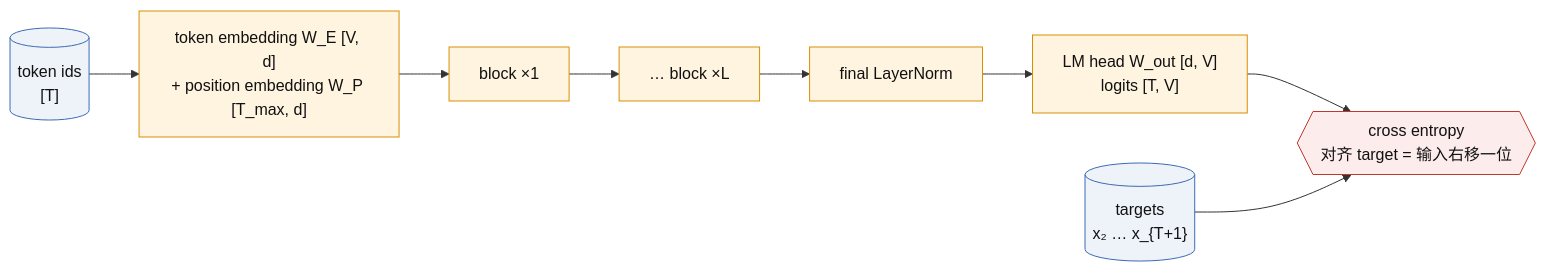
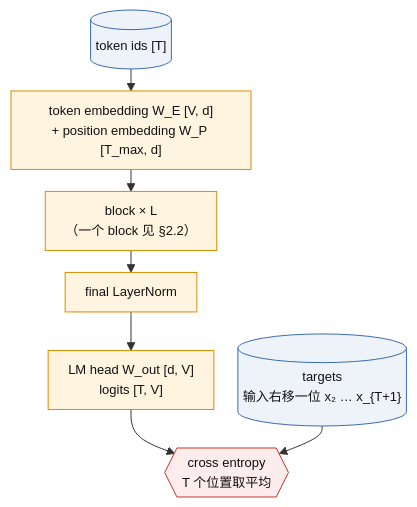
The first of 4 diagrams in knowledge/A-pretraining-scaling/transformer-decoder-next-token.md (xiachenfeng/openai-innovation-learning), drawn with Mermaid before and after one commit. The commit also changed other lines of this file and 28 other files, not shown here.

````diff
--- a/knowledge/A-pretraining-scaling/transformer-decoder-next-token.md
+++ b/knowledge/A-pretraining-scaling/transformer-decoder-next-token.md
@@ -53,11 +53,18 @@
 ```mermaid
-flowchart LR
-  IDS[("token ids<br/>[T]")]:::data --> EMB["token embedding W_E [V, d]<br/>+ position embedding W_P [T_max, d]"]:::model
-  EMB --> B1["block ×1"]:::model --> BL["… block ×L"]:::model
-  BL --> LNF[final LayerNorm]:::model --> HEAD["LM head W_out [d, V]<br/>logits [T, V]"]:::model
-  HEAD --> CE{{"cross entropy<br/>对齐 target = 输入右移一位"}}:::loss
-  TGT[("targets<br/>x₂ … x_{T+1}")]:::data --> CE
+%%{init: {"flowchart": {"nodeSpacing": 24, "rankSpacing": 22, "padding": 10}, "themeVariables": {"fontSize": "13px"}}}%%
+flowchart TB
+  IDS[("token ids [T]")]:::data
+  EMB["token embedding W_E [V, d]<br/>+ position embedding W_P [T_max, d]"]:::model
+  BL["block × L<br/>（一个 block 见 §2.2）"]:::model
+  LNF["final LayerNorm"]:::model
+  HEAD["LM head W_out [d, V]<br/>logits [T, V]"]:::model
+  TGT[("targets<br/>输入右移一位 x₂ … x_{T+1}")]:::data
+  CE{{"cross entropy<br/>T 个位置取平均"}}:::loss
+  IDS --> EMB --> BL --> LNF --> HEAD --> CE
+  TGT --> CE
   classDef data  fill:#EEF3FA,stroke:#3B6BB3,color:#111
   classDef model fill:#FFF4E0,stroke:#D98E04,color:#111
+  classDef frozen fill:#F2F2F2,stroke:#888,color:#333,stroke-dasharray:4 3
   classDef loss  fill:#FDECEC,stroke:#C0392B,color:#111
+  classDef human fill:#EAF7EE,stroke:#2E8B57,color:#111
 ```
````
